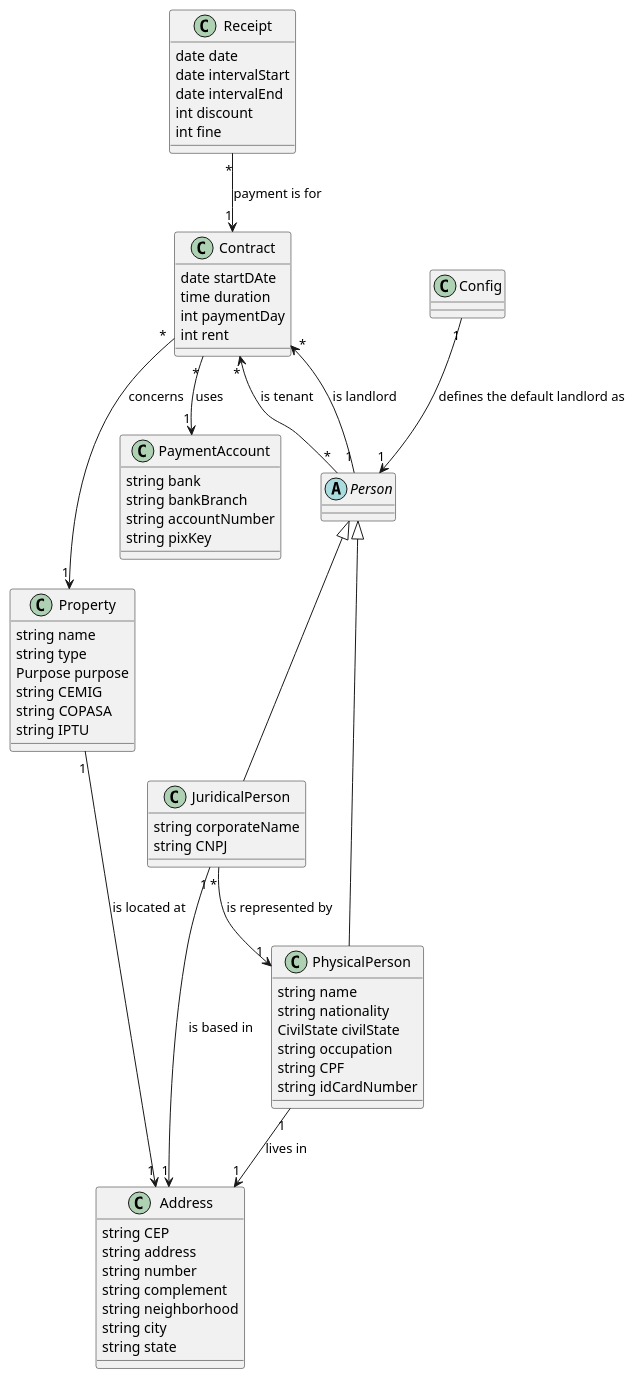
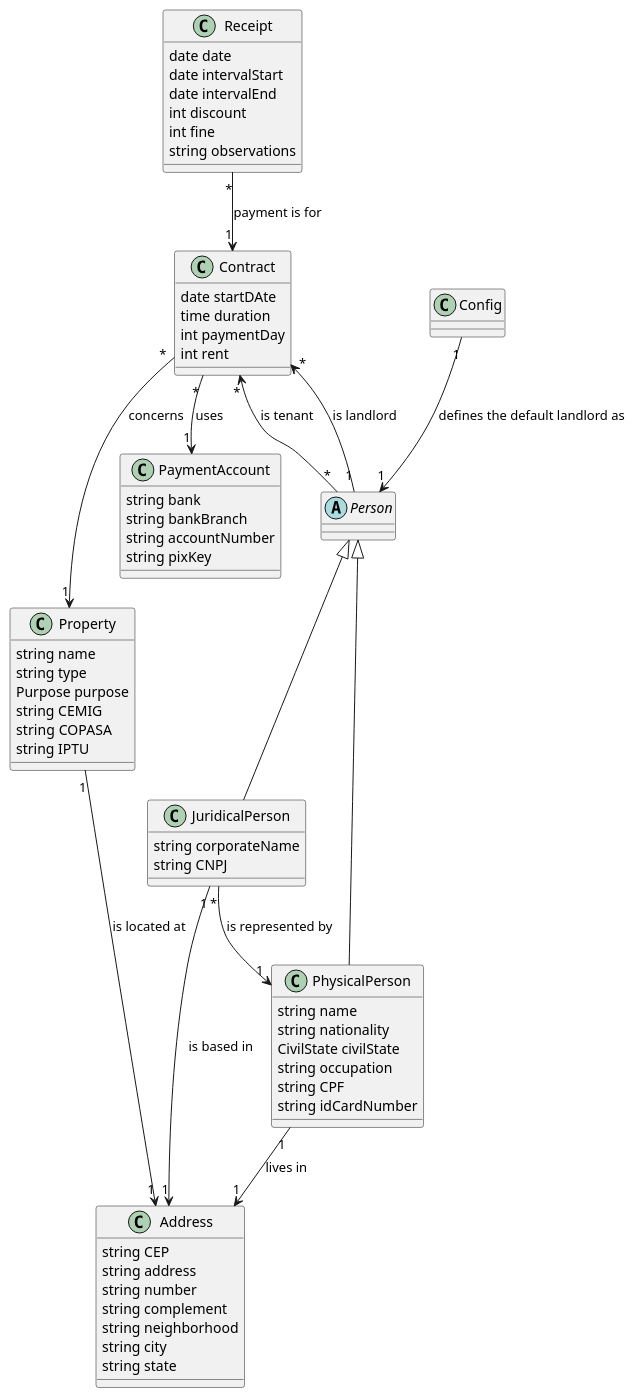
The diagram in docs/general-instructions.md (guilhermenovais/e-mobiliaria), drawn with PlantUML before and after one commit.

Commit message:
docs: update receipt entity docs to include observations field

```diff
--- a/docs/general-instructions.md
+++ b/docs/general-instructions.md
@@ -123,6 +123,7 @@
 date intervalEnd
 int discount
 int fine
+string observations
 }
 
 Receipt "*" --> "1" Contract : payment is for
```
